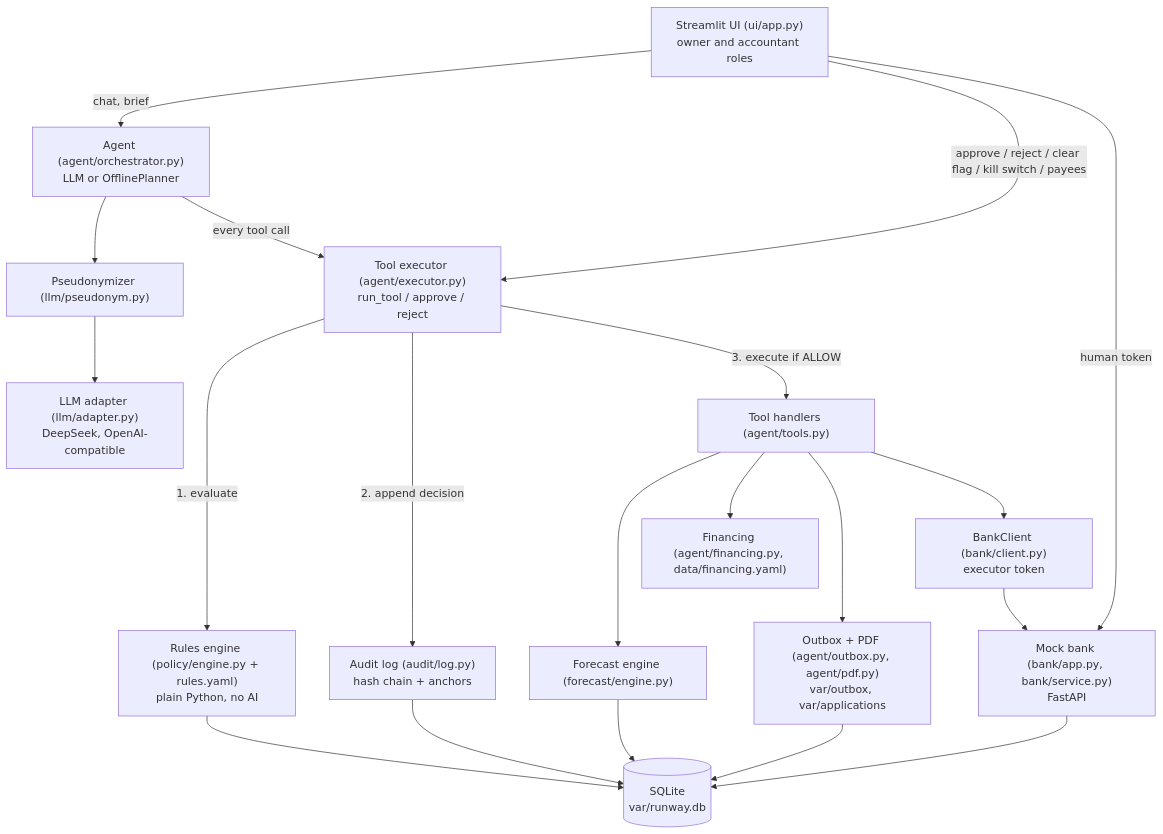
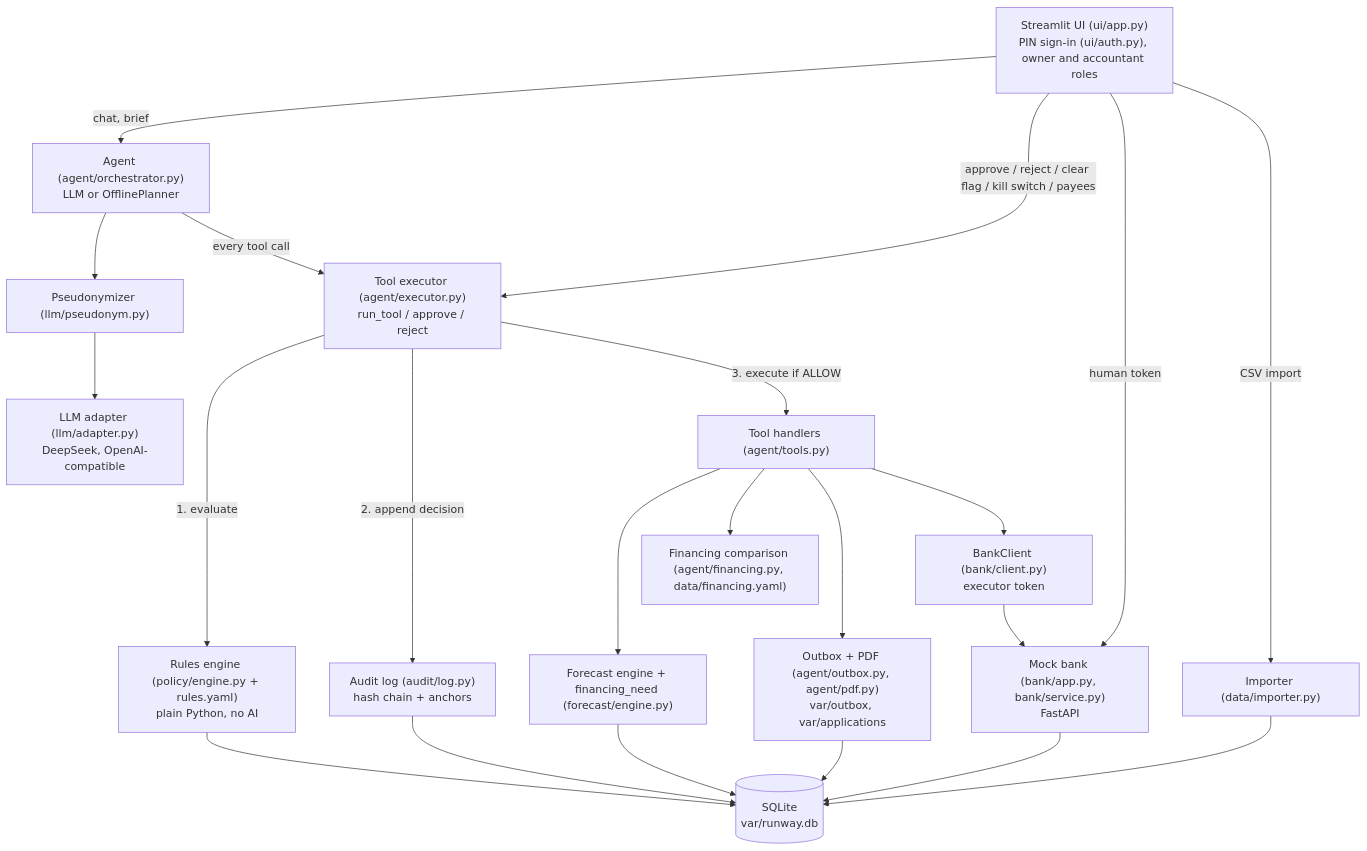
Before and after one commit to gabi200/runway: the diagram in docs/architecture.md, drawn with Mermaid. The commit also changed other lines of this file and 41 other files, not shown here.

Commit message:
Fix round 2: UI widget-state crash and sign-in gates, partial-payment settlement, atomic validated import, financing bounds, ledger-currency external documents, persistent PIN lockout, pseudonymizer and wrapper hardening, IBAN checksum on verification, docs refresh

````diff
--- a/docs/architecture.md
+++ b/docs/architecture.md
@@ -9,35 +9,37 @@
 ```mermaid
 flowchart TD
-    UI["Streamlit UI (ui/app.py)<br/>owner and accountant roles"]
+    UI["Streamlit UI (ui/app.py)<br/>PIN sign-in (ui/auth.py), owner and accountant roles"]
     AG["Agent (agent/orchestrator.py)<br/>LLM or OfflinePlanner"]
     PS["Pseudonymizer (llm/pseudonym.py)"]
     LLM["LLM adapter (llm/adapter.py)<br/>DeepSeek, OpenAI-compatible"]
     EX["Tool executor (agent/executor.py)<br/>run_tool / approve / reject"]
     POL["Rules engine (policy/engine.py + rules.yaml)<br/>plain Python, no AI"]
     AUD["Audit log (audit/log.py)<br/>hash chain + anchors"]
     TL["Tool handlers (agent/tools.py)"]
-    FC["Forecast engine (forecast/engine.py)"]
-    FIN["Financing (agent/financing.py, data/financing.yaml)"]
+    FC["Forecast engine + financing_need (forecast/engine.py)"]
+    FIN["Financing comparison (agent/financing.py, data/financing.yaml)"]
     OUT["Outbox + PDF (agent/outbox.py, agent/pdf.py)<br/>var/outbox, var/applications"]
     BC["BankClient (bank/client.py)<br/>executor token"]
     BANK["Mock bank (bank/app.py, bank/service.py)<br/>FastAPI"]
     DB[("SQLite<br/>var/runway.db")]
 
     UI -->|chat, brief| AG
     UI -->|approve / reject / clear flag / kill switch / payees| EX
     UI -->|human token| BANK
+    UI -->|CSV import| IMP["Importer (data/importer.py)"]
+    IMP --> DB
     AG --> PS --> LLM
     AG -->|every tool call| EX
     EX -->|1. evaluate| POL
     EX -->|2. append decision| AUD
     EX -->|3. execute if ALLOW| TL
     TL --> FC
     TL --> FIN
     TL --> OUT
     TL --> BC --> BANK
     POL --> DB
     AUD --> DB
     BANK --> DB
     FC --> DB
     OUT --> DB
 ```
````
